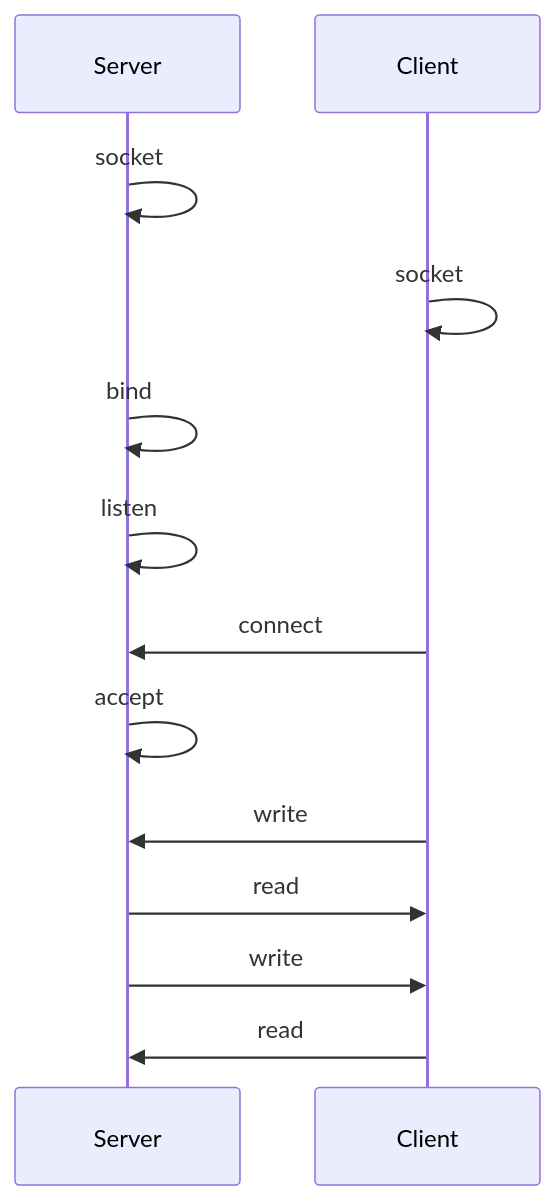
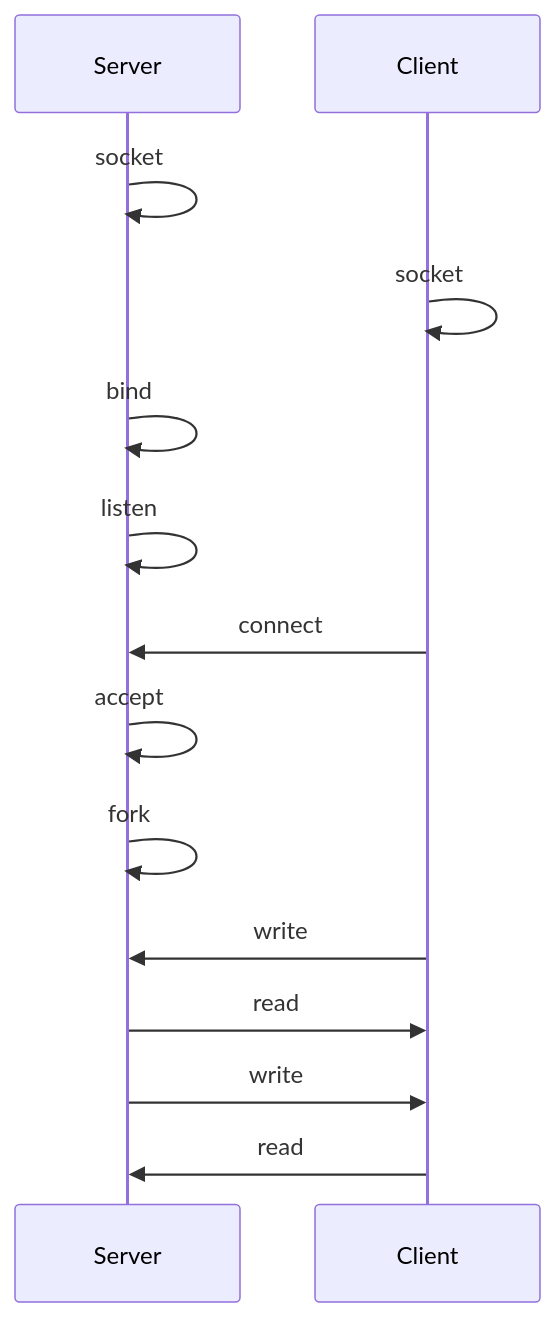
Before and after one commit to qivmvip/toy.echo: the diagram in c/tcp/README.md, drawn with Mermaid.

Commit message:
tmp 1656523604

````diff
--- a/c/tcp/README.md
+++ b/c/tcp/README.md
@@ -14,15 +14,16 @@
 ```mermaid
 sequenceDiagram
 participant Server
 participant Client
 Server ->> Server: socket
 Client ->> Client: socket
 Server ->> Server: bind
 Server ->> Server: listen
 Client ->> Server: connect
 Server ->> Server: accept
+Server ->> Server: fork
 Client ->> Server: write
 Server ->> Client: read
 Server ->> Client: write
 Client ->> Server: read
 ```
````
